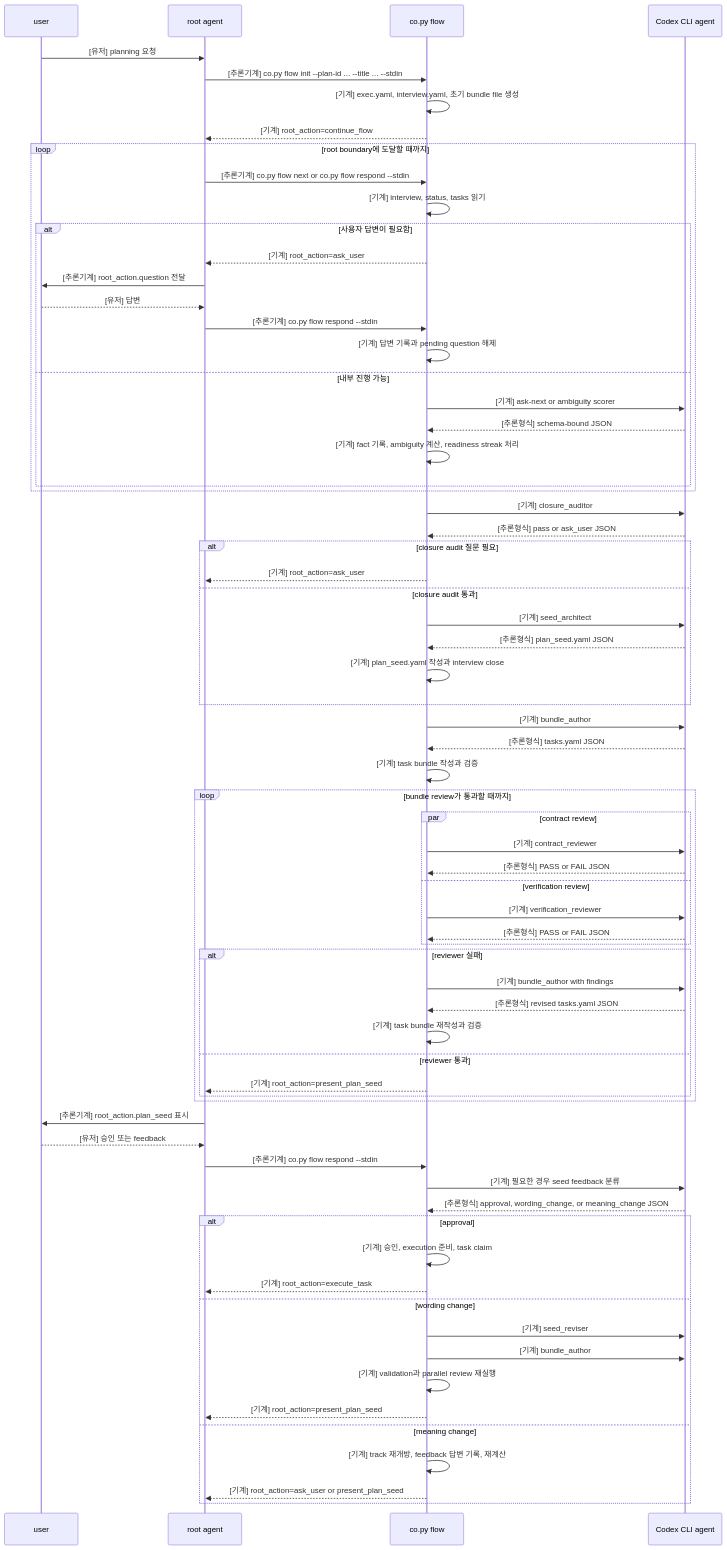
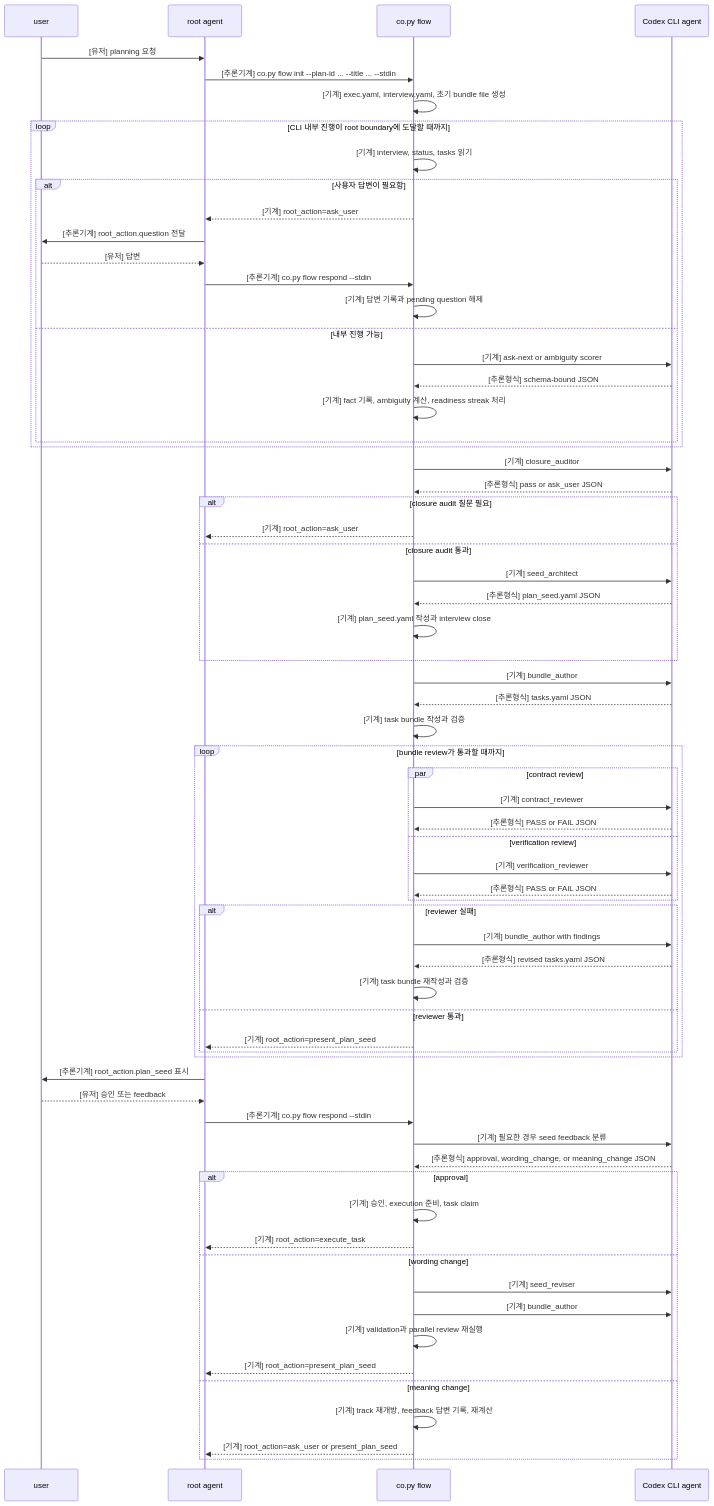
One commit to mym0404/coflow changed the first of 2 diagrams in COPLAN.md. Above: the diagram before and after it, drawn with Mermaid. The commit also changed 5 other files, not shown here.

Commit message:
refactor: remove continue_flow root action

````diff
--- a/COPLAN.md
+++ b/COPLAN.md
@@ -8,77 +8,75 @@
 ```mermaid
 sequenceDiagram
   participant User as user
   participant Root as root agent
   participant Co as co.py flow
   participant Agent as Codex CLI agent
 
   User->>Root: [유저] planning 요청
   Root->>Co: [추론기계] co.py flow init --plan-id ... --title ... --stdin
   Co->>Co: [기계] exec.yaml, interview.yaml, 초기 bundle file 생성
-  Co-->>Root: [기계] root_action=continue_flow
 
-  loop root boundary에 도달할 때까지
-    Root->>Co: [추론기계] co.py flow next or co.py flow respond --stdin
+  loop CLI 내부 진행이 root boundary에 도달할 때까지
     Co->>Co: [기계] interview, status, tasks 읽기
     alt 사용자 답변이 필요함
       Co-->>Root: [기계] root_action=ask_user
       Root->>User: [추론기계] root_action.question 전달
       User-->>Root: [유저] 답변
       Root->>Co: [추론기계] co.py flow respond --stdin
       Co->>Co: [기계] 답변 기록과 pending question 해제
     else 내부 진행 가능
       Co->>Agent: [기계] ask-next or ambiguity scorer
       Agent-->>Co: [추론형식] schema-bound JSON
       Co->>Co: [기계] fact 기록, ambiguity 계산, readiness streak 처리
     end
   end
 
   Co->>Agent: [기계] closure_auditor
   Agent-->>Co: [추론형식] pass or ask_user JSON
   alt closure audit 질문 필요
     Co-->>Root: [기계] root_action=ask_user
   else closure audit 통과
     Co->>Agent: [기계] seed_architect
     Agent-->>Co: [추론형식] plan_seed.yaml JSON
     Co->>Co: [기계] plan_seed.yaml 작성과 interview close
   end
 
   Co->>Agent: [기계] bundle_author
   Agent-->>Co: [추론형식] tasks.yaml JSON
   Co->>Co: [기계] task bundle 작성과 검증
 
   loop bundle review가 통과할 때까지
     par contract review
       Co->>Agent: [기계] contract_reviewer
       Agent-->>Co: [추론형식] PASS or FAIL JSON
     and verification review
       Co->>Agent: [기계] verification_reviewer
       Agent-->>Co: [추론형식] PASS or FAIL JSON
     end
     alt reviewer 실패
       Co->>Agent: [기계] bundle_author with findings
       Agent-->>Co: [추론형식] revised tasks.yaml JSON
       Co->>Co: [기계] task bundle 재작성과 검증
     else reviewer 통과
       Co-->>Root: [기계] root_action=present_plan_seed
     end
   end
 
   Root->>User: [추론기계] root_action.plan_seed 표시
   User-->>Root: [유저] 승인 또는 feedback
   Root->>Co: [추론기계] co.py flow respond --stdin
   Co->>Agent: [기계] 필요한 경우 seed feedback 분류
   Agent-->>Co: [추론형식] approval, wording_change, or meaning_change JSON
   alt approval
     Co->>Co: [기계] 승인, execution 준비, task claim
     Co-->>Root: [기계] root_action=execute_task
   else wording change
     Co->>Agent: [기계] seed_reviser
     Co->>Agent: [기계] bundle_author
     Co->>Co: [기계] validation과 parallel review 재실행
     Co-->>Root: [기계] root_action=present_plan_seed
   else meaning change
     Co->>Co: [기계] track 재개방, feedback 답변 기록, 재계산
     Co-->>Root: [기계] root_action=ask_user or present_plan_seed
   end
 ```
````
